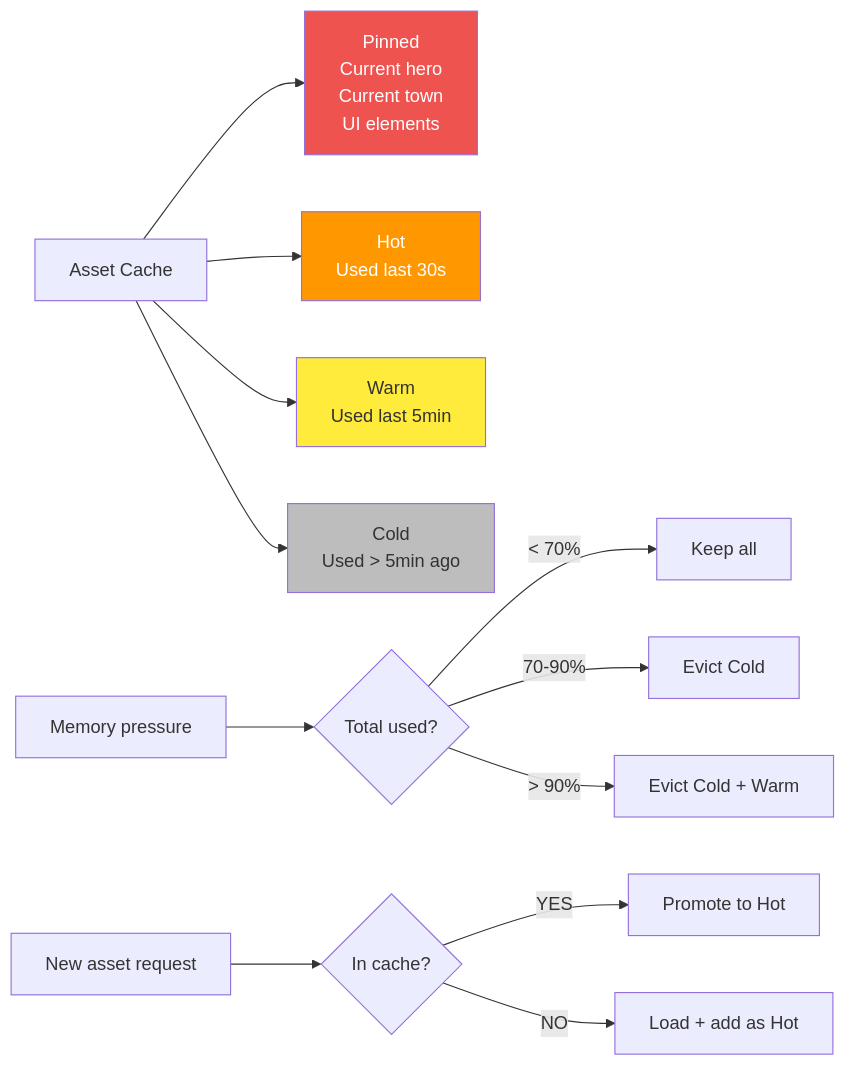
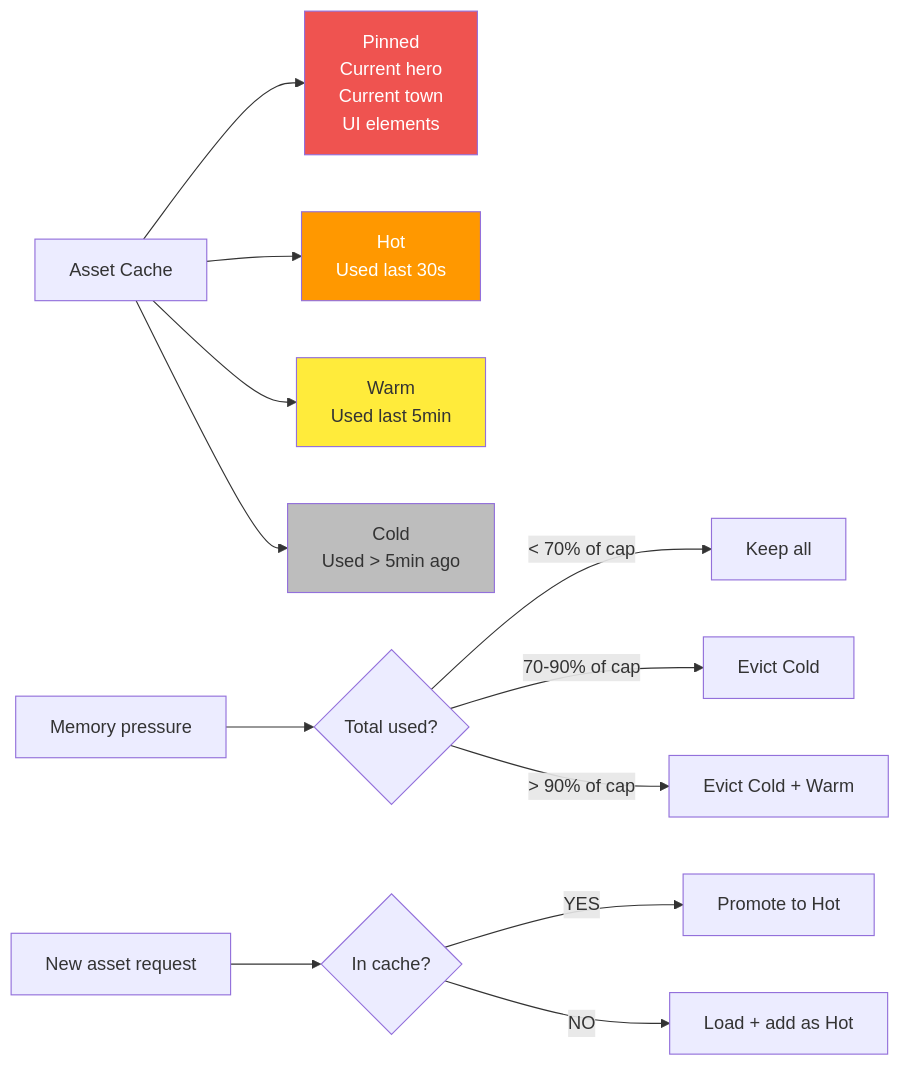
The diagram in docs/architecture/diagrams/17-cache-strategy.md (SunaNoOshiro/Heroes_Reforged_AI_Realms), drawn with Mermaid before and after one commit. The commit also changed other lines of this file and 42 other files, not shown here.

````diff
--- a/docs/architecture/diagrams/17-cache-strategy.md
+++ b/docs/architecture/diagrams/17-cache-strategy.md
@@ -10,21 +19,21 @@
 ```mermaid
 flowchart LR
     A[Asset Cache] --> B[Pinned<br/>Current hero<br/>Current town<br/>UI elements]
     A --> C[Hot<br/>Used last 30s]
     A --> D[Warm<br/>Used last 5min]
     A --> E[Cold<br/>Used > 5min ago]
 
     F[Memory pressure] --> G{Total used?}
-    G -->|< 70%| H[Keep all]
-    G -->|70-90%| I[Evict Cold]
-    G -->|> 90%| J[Evict Cold + Warm]
+    G -->|< 70% of cap| H[Keep all]
+    G -->|70-90% of cap| I[Evict Cold]
+    G -->|> 90% of cap| J[Evict Cold + Warm]
 
     K[New asset request] --> L{In cache?}
     L -->|YES| M[Promote to Hot]
     L -->|NO| N[Load + add as Hot]
 
     style B fill:#ef5350,color:#fff
     style C fill:#ff9800,color:#fff
     style D fill:#ffeb3b
     style E fill:#bdbdbd
 ```
````
